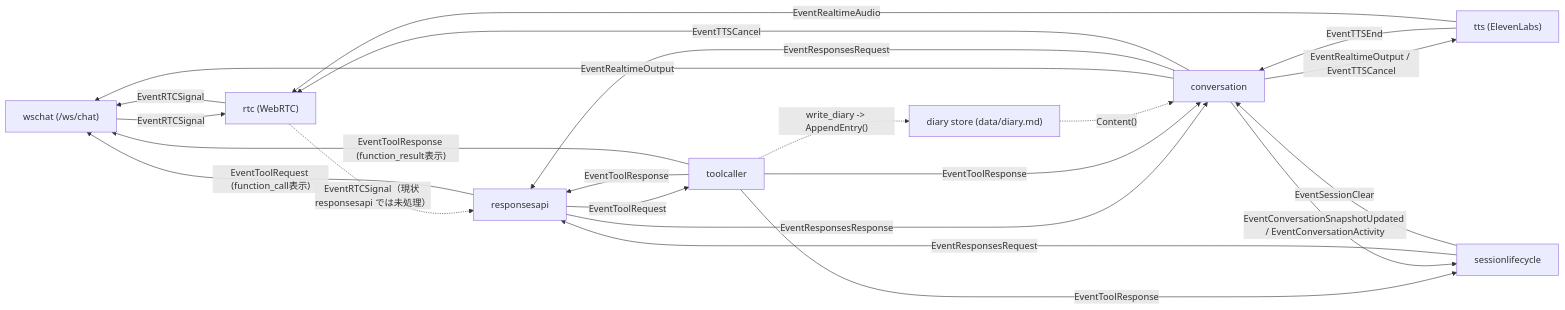
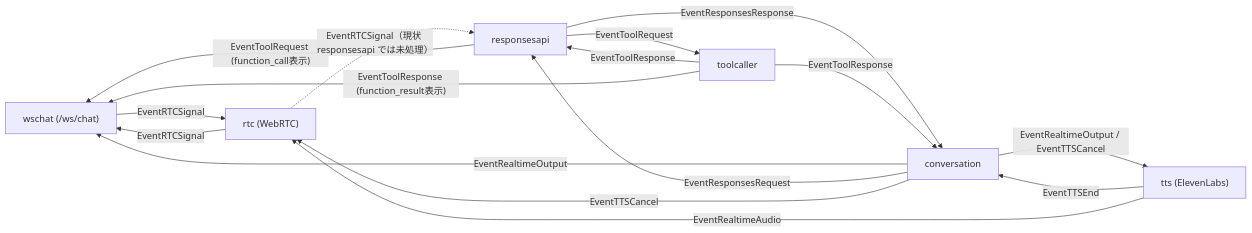
The diagram in README.md (tetetratra/smart-speaker), drawn with Mermaid before and after one commit. The commit also changed other lines of this file and 32 other files, not shown here.

````diff
--- a/README.md
+++ b/README.md
@@ -148,40 +140,30 @@
 ```mermaid
 flowchart LR
   wschat["wschat (/ws/chat)"]
-  sessionlifecycle["sessionlifecycle"]
   conversation["conversation"]
   responses["responsesapi"]
   toolcaller["toolcaller"]
   tts["tts (ElevenLabs)"]
   rtc["rtc (WebRTC)"]
-  diarystore["diary store (data/diary.md)"]
 
   conversation -- "EventRealtimeOutput" --> wschat
 
   conversation -- "EventResponsesRequest" --> responses
   responses -- "EventResponsesResponse" --> conversation
 
   responses -- "EventToolRequest" --> toolcaller
   responses -- "EventToolRequest (function_call表示)" --> wschat
   toolcaller -- "EventToolResponse" --> responses
-  toolcaller -- "EventToolResponse" --> sessionlifecycle
 
   toolcaller -- "EventToolResponse" --> conversation
   toolcaller -- "EventToolResponse (function_result表示)" --> wschat
 
   conversation -- "EventRealtimeOutput / EventTTSCancel" --> tts
-  conversation -- "EventConversationSnapshotUpdated / EventConversationActivity" --> sessionlifecycle
   tts -- "EventTTSEnd" --> conversation
   tts -- "EventRealtimeAudio" --> rtc
   conversation -- "EventTTSCancel" --> rtc
 
   wschat -- "EventRTCSignal" --> rtc
   rtc -- "EventRTCSignal" --> wschat
   rtc -. "EventRTCSignal（現状 responsesapi では未処理）" .-> responses
-
-  sessionlifecycle -- "EventResponsesRequest" --> responses
-  sessionlifecycle -- "EventSessionClear" --> conversation
-
-  diarystore -. "Content()" .-> conversation
-  toolcaller -. "write_diary -> AppendEntry()" .-> diarystore
 ```
````
